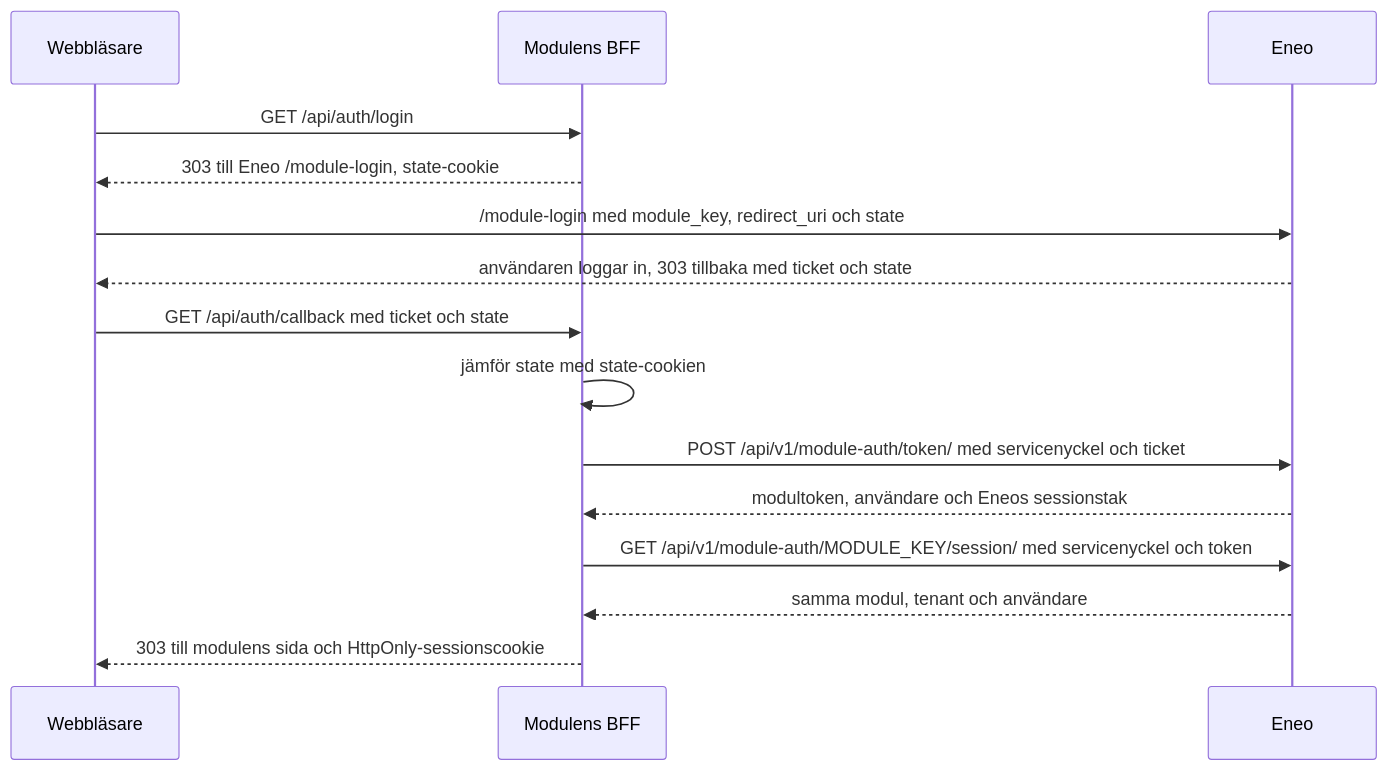
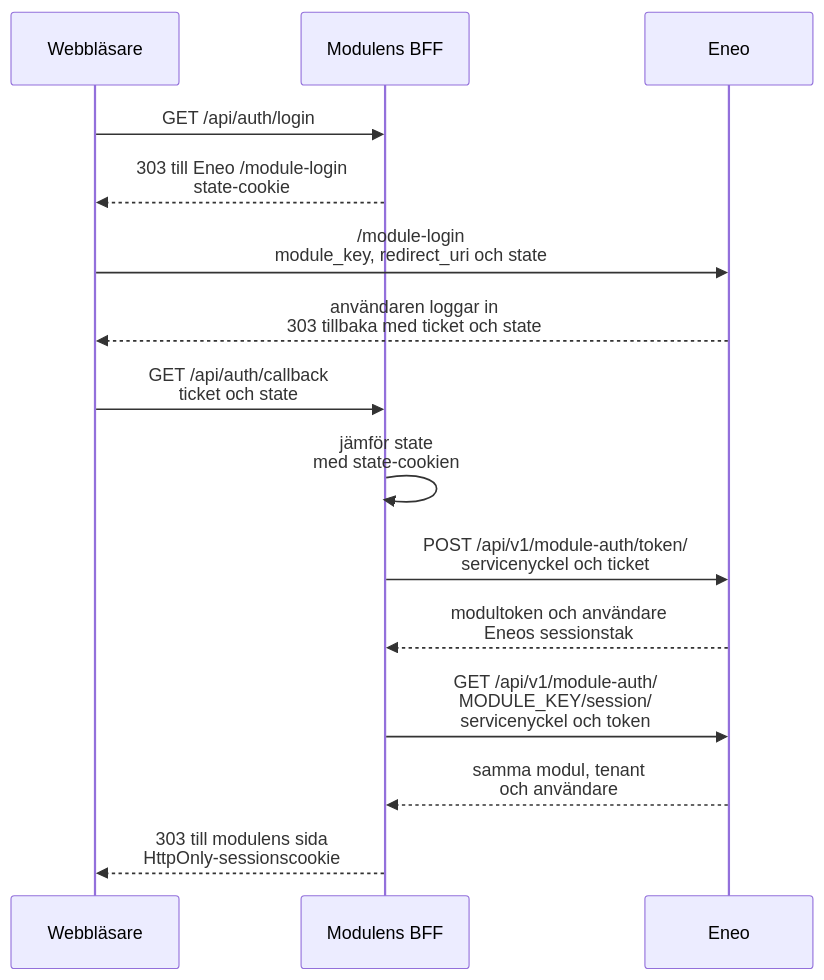
One commit to eneo-ai/eneo-mod-speech-to-text changed the diagram in docs/auth-and-session.md. Above: the diagram before and after it, drawn with Mermaid. The commit also changed 47 other files, not shown here.

````diff
--- a/docs/auth-and-session.md
+++ b/docs/auth-and-session.md
@@ -9,19 +9,19 @@
 ```mermaid
 sequenceDiagram
     accTitle: Inloggning med Eneo SSO
     accDescr: Webbläsaren startar inloggningen hos modulens backend och skickas till Eneo. Eneo skickar tillbaka den med en ticket, som backend växlar mot en modultoken, validerar och gör till en session med en HttpOnly-cookie.
     participant B as Webbläsare
     participant M as Modulens BFF
     participant E as Eneo
     B->>M: GET /api/auth/login
-    M-->>B: 303 till Eneo /module-login, state-cookie
-    B->>E: /module-login med module_key, redirect_uri och state
-    E-->>B: användaren loggar in, 303 tillbaka med ticket och state
-    B->>M: GET /api/auth/callback med ticket och state
-    M->>M: jämför state med state-cookien
-    M->>E: POST /api/v1/module-auth/token/ med servicenyckel och ticket
-    E-->>M: modultoken, användare och Eneos sessionstak
-    M->>E: GET /api/v1/module-auth/MODULE_KEY/session/ med servicenyckel och token
-    E-->>M: samma modul, tenant och användare
-    M-->>B: 303 till modulens sida och HttpOnly-sessionscookie
+    M-->>B: 303 till Eneo /module-login<br/>state-cookie
+    B->>E: /module-login<br/>module_key, redirect_uri och state
+    E-->>B: användaren loggar in<br/>303 tillbaka med ticket och state
+    B->>M: GET /api/auth/callback<br/>ticket och state
+    M->>M: jämför state<br/>med state-cookien
+    M->>E: POST /api/v1/module-auth/token/<br/>servicenyckel och ticket
+    E-->>M: modultoken och användare<br/>Eneos sessionstak
+    M->>E: GET /api/v1/module-auth/<br/>MODULE_KEY/session/<br/>servicenyckel och token
+    E-->>M: samma modul, tenant<br/>och användare
+    M-->>B: 303 till modulens sida<br/>HttpOnly-sessionscookie
 ```
````
